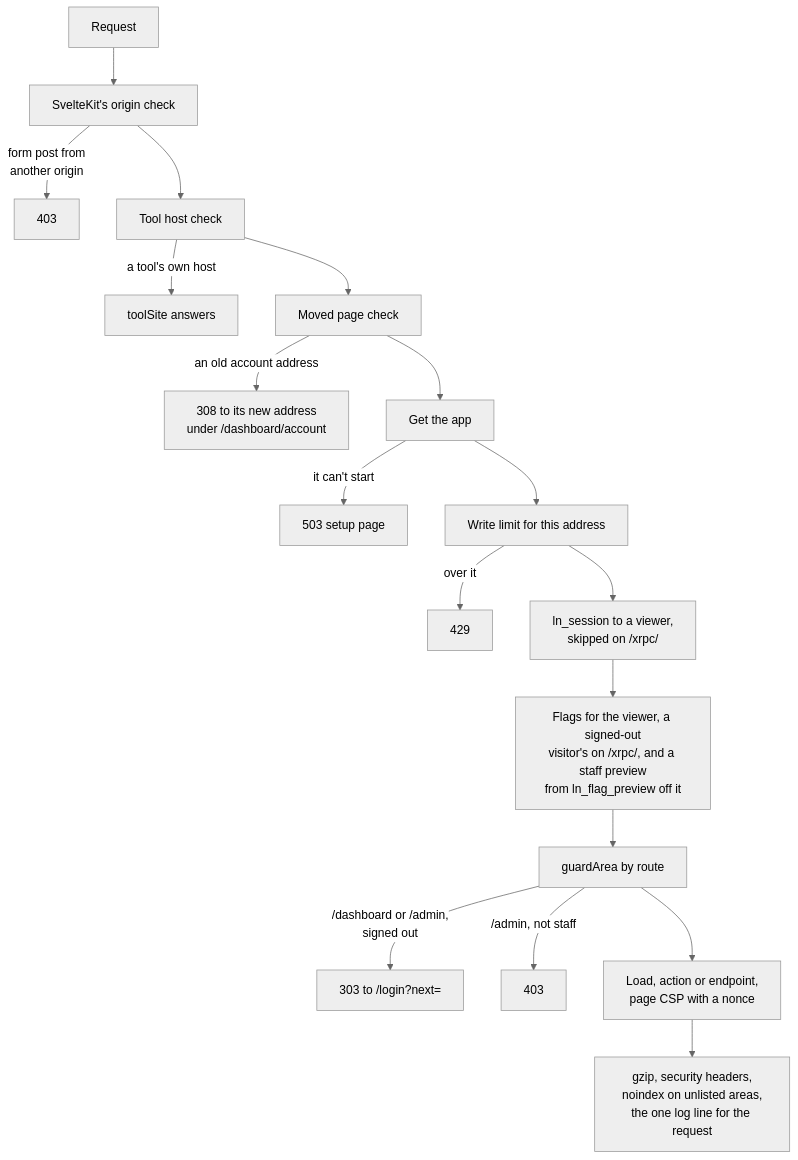
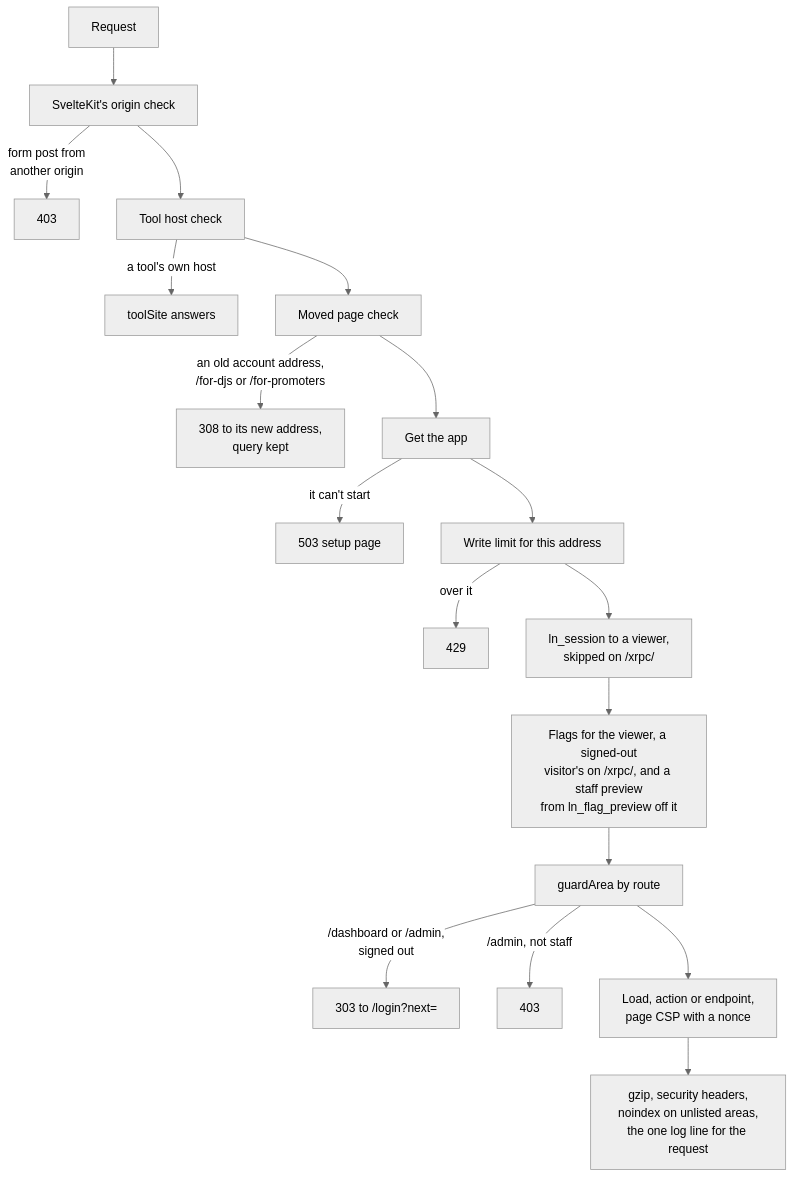
One commit to cutenode/localnetwork changed the first of 11 diagrams in apps/web/docs/diagrams/requests-and-routes.md. Above: the diagram before and after it, drawn with Mermaid (neutral theme). The commit also changed other lines of this file and 40 other files, not shown here.

````diff
--- a/apps/web/docs/diagrams/requests-and-routes.md
+++ b/apps/web/docs/diagrams/requests-and-routes.md
@@ -21,20 +21,20 @@
 ```mermaid
 flowchart TD
   In["Request"] --> Csrf["SvelteKit's origin check"]
   Csrf -- "form post from<br/>another origin" --> Blocked["403"]
   Csrf --> Tool["Tool host check"]
   Tool -- "a tool's own host" --> ToolSite["toolSite answers"]
   Tool --> Moved["Moved page check"]
-  Moved -- "an old account address" --> Redirect["308 to its new address<br/>under /dashboard/account"]
+  Moved -- "an old account address,<br/>/for-djs or /for-promoters" --> Redirect["308 to its new address,<br/>query kept"]
   Moved --> Load["Get the app"]
   Load -- "it can't start" --> Setup["503 setup page"]
   Load --> Limit["Write limit for this address"]
   Limit -- "over it" --> Slow["429"]
   Limit --> Session["ln_session to a viewer,<br/>skipped on /xrpc/"]
   Session --> Flags["Flags for the viewer, a signed-out<br/>visitor's on /xrpc/, and a staff preview<br/>from ln_flag_preview off it"]
   Flags --> Guard["guardArea by route"]
   Guard -- "/dashboard or /admin,<br/>signed out" --> Login["303 to /login?next="]
   Guard -- "/admin, not staff" --> Refused["403"]
   Guard --> Route["Load, action or endpoint,<br/>page CSP with a nonce"]
   Route --> Out["gzip, security headers,<br/>noindex on unlisted areas,<br/>the one log line for the request"]
 ```
````
